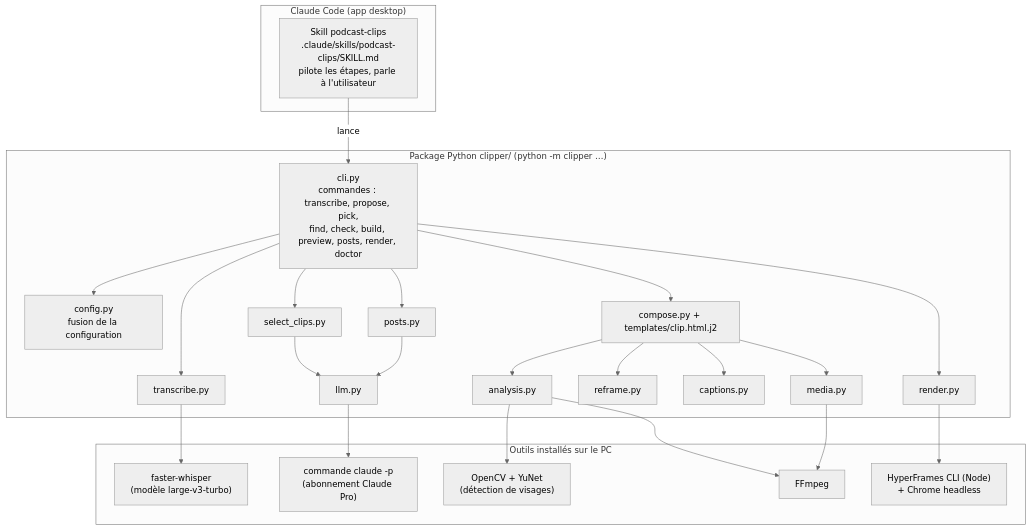
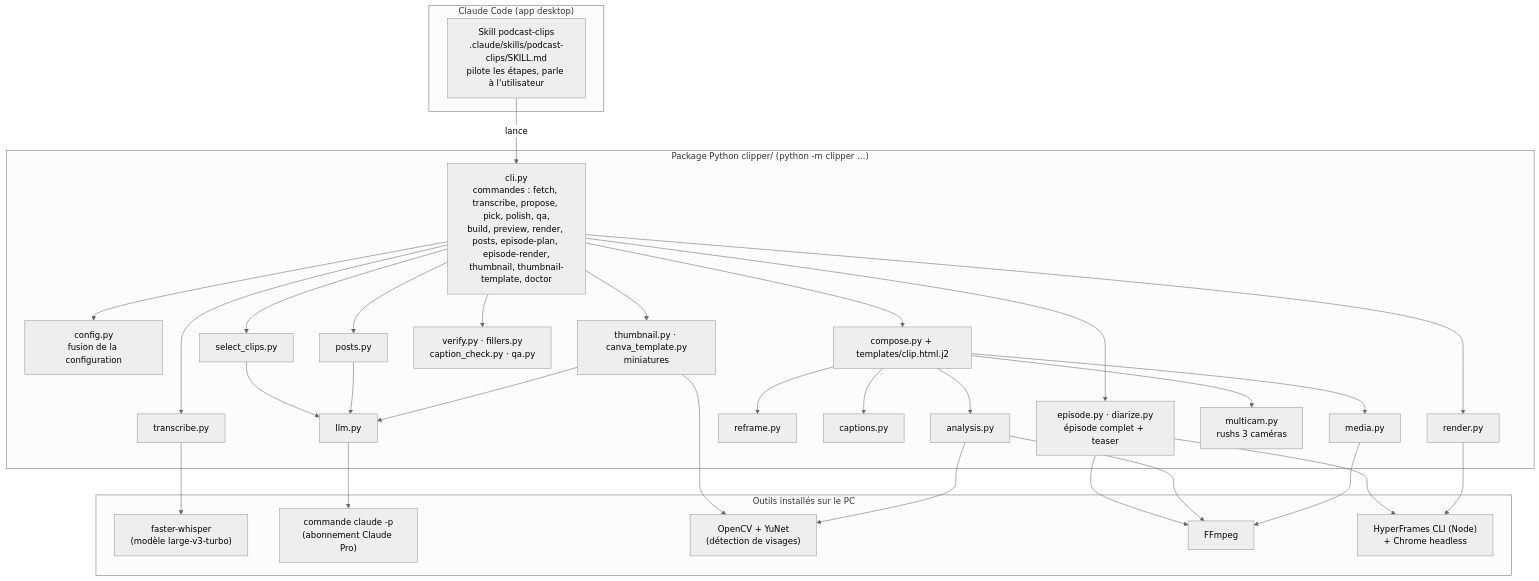
Before and after one commit to arthurw31/podcast-clipper: the first of 3 diagrams in docs/ARCHITECTURE.md, drawn with Mermaid (neutral theme). The commit also changed other lines of this file and 2 other files, not shown here.

First line of the commit message:
Schéma d'ensemble rushs -> livrables (README) ; anciens schémas mis à jour

````diff
--- a/docs/ARCHITECTURE.md
+++ b/docs/ARCHITECTURE.md
@@ -8,42 +8,49 @@
 ```mermaid
 flowchart TB
     subgraph CC["Claude Code (app desktop)"]
         SK["Skill podcast-clips<br/>.claude/skills/podcast-clips/SKILL.md<br/>pilote les étapes, parle à l'utilisateur"]
     end
 
     subgraph PY["Package Python clipper/ (python -m clipper …)"]
-        CLI["cli.py<br/>commandes : transcribe, propose, pick,<br/>find, check, build, preview, posts, render, doctor"]
+        CLI["cli.py<br/>commandes : fetch, transcribe, propose, pick, polish, qa,<br/>build, preview, render, posts, episode-plan, episode-render,<br/>thumbnail, thumbnail-template, doctor"]
         CFG["config.py<br/>fusion de la configuration"]
         TR["transcribe.py"]
         SEL["select_clips.py"]
         LLM["llm.py"]
         AN["analysis.py"]
         RF["reframe.py"]
         CAP["captions.py"]
         CO["compose.py + templates/clip.html.j2"]
         MED["media.py"]
         REN["render.py"]
         PO["posts.py"]
+        MC["multicam.py<br/>rushs 3 caméras"]
+        CHK["verify.py · fillers.py<br/>caption_check.py · qa.py"]
+        EPI["episode.py · diarize.py<br/>épisode complet + teaser"]
+        TH["thumbnail.py · canva_template.py<br/>miniatures"]
     end
 
     subgraph EXT["Outils installés sur le PC"]
         WH["faster-whisper<br/>(modèle large-v3-turbo)"]
         CL["commande claude -p<br/>(abonnement Claude Pro)"]
         CV["OpenCV + YuNet<br/>(détection de visages)"]
         FF["FFmpeg"]
         HF["HyperFrames CLI (Node)<br/>+ Chrome headless"]
     end
 
     SK -->|lance| CLI
     CLI --> CFG
     CLI --> TR & SEL & CO & REN & PO
     TR --> WH
     SEL --> LLM
     PO --> LLM
     LLM --> CL
-    CO --> AN & RF & CAP & MED
+    CLI --> CHK & EPI & TH
+    CO --> AN & RF & CAP & MED & MC
+    EPI --> FF & HF
+    TH --> LLM & CV
     AN --> CV
     AN --> FF
     MED --> FF
     REN --> HF
 ```
````
